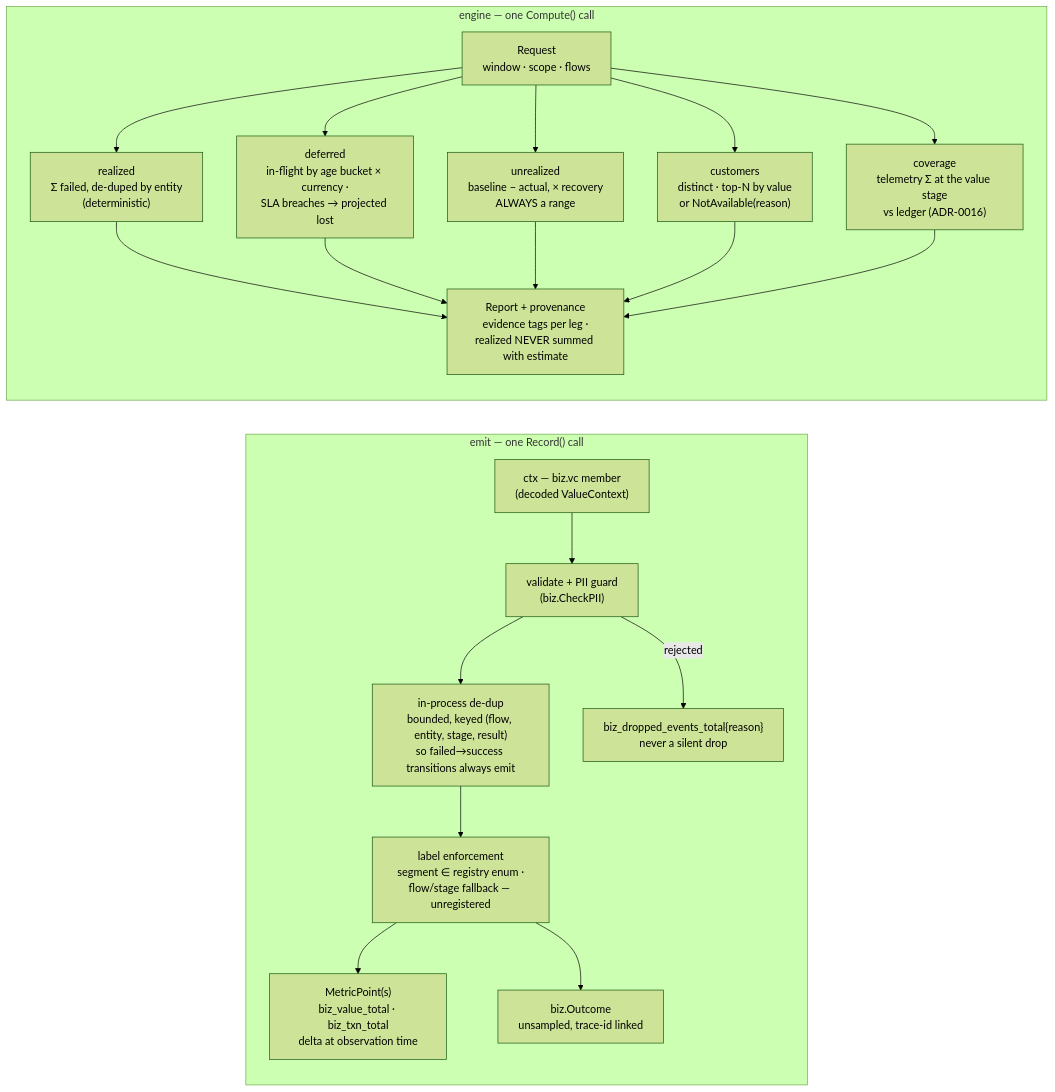
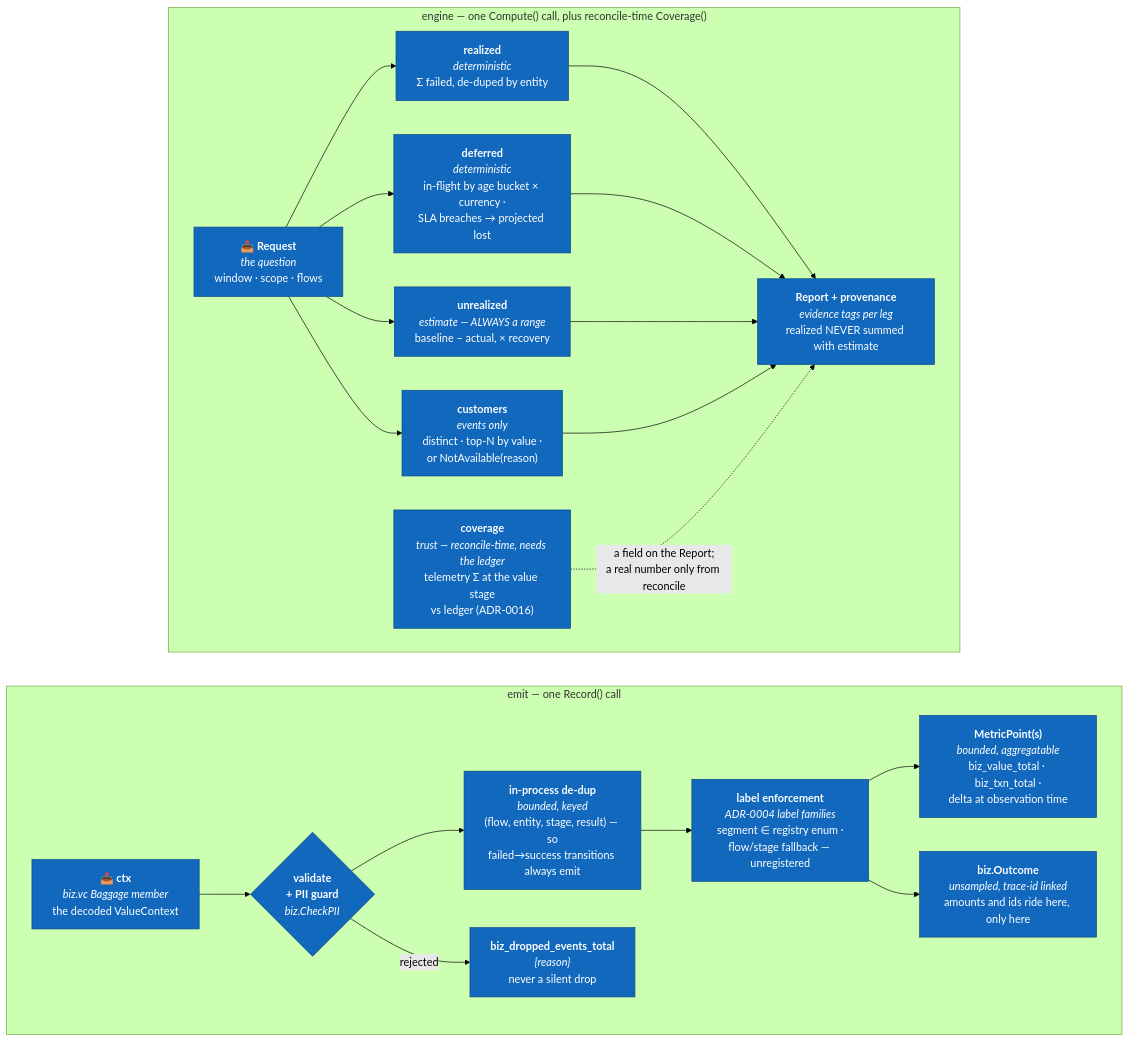
Before and after one commit to NightWatchEng/shortfall: the diagram in docs/architecture/c4-l3-components.md, drawn with Mermaid (forest theme). The commit also changed other lines of this file and 5 other files, not shown here.

First line of the commit message:
docs: diagram stencil + the C4 set redrawn to it (workspace-7d2) (#88)

````diff
--- a/docs/architecture/c4-l3-components.md
+++ b/docs/architecture/c4-l3-components.md
@@ -9,27 +16,34 @@
 ```mermaid
 flowchart LR
     subgraph capture["emit — one Record() call"]
-        CTX["ctx — biz.vc member<br/>(decoded ValueContext)"]
-        VAL["validate + PII guard<br/>(biz.CheckPII)"]
-        DEDUP["in-process de-dup<br/>bounded, keyed (flow, entity, stage, result)<br/>so failed→success transitions always emit"]
-        LABELS["label enforcement<br/>segment ∈ registry enum ·<br/>flow/stage fallback — unregistered"]
-        MP["MetricPoint(s)<br/>biz_value_total · biz_txn_total<br/>delta at observation time"]
-        OUT["biz.Outcome<br/>unsampled, trace-id linked"]
-        DROP["biz_dropped_events_total{reason}<br/>never a silent drop"]
+        direction LR
+        CTX["📥 <b>ctx</b><br/><i>biz.vc Baggage member</i><br/>the decoded ValueContext"]
+        VAL{"<b>validate<br/>+ PII guard</b><br/><i>biz.CheckPII</i>"}
+        DEDUP["<b>in-process de-dup</b><br/><i>bounded, keyed</i><br/>(flow, entity, stage, result) — so<br/>failed→success transitions always emit"]
+        LABELS["<b>label enforcement</b><br/><i>ADR-0004 label families</i><br/>segment ∈ registry enum ·<br/>flow/stage fallback — unregistered"]
+        MP["<b>MetricPoint(s)</b><br/><i>bounded, aggregatable</i><br/>biz_value_total · biz_txn_total ·<br/>delta at observation time"]
+        OUT["<b>biz.Outcome</b><br/><i>unsampled, trace-id linked</i><br/>amounts and ids ride here, only here"]
+        DROP["<b>biz_dropped_events_total</b><br/><i>{reason}</i><br/>never a silent drop"]
+        CTX --> VAL --> DEDUP --> LABELS
+        LABELS --> MP
+        LABELS --> OUT
+        VAL -->|"rejected"| DROP
     end
-    CTX --> VAL --> DEDUP --> LABELS
-    LABELS --> MP
-    LABELS --> OUT
-    VAL -->|"rejected"| DROP
 
-    subgraph engine["engine — one Compute() call"]
-        REQ["Request<br/>window · scope · flows"]
-        REAL["realized<br/>Σ failed, de-duped by entity<br/>(deterministic)"]
-        DEF["deferred<br/>in-flight by age bucket × currency ·<br/>SLA breaches → projected lost"]
-        UNREAL["unrealized<br/>baseline − actual, × recovery<br/>ALWAYS a range"]
-        CUST["customers<br/>distinct · top-N by value<br/>or NotAvailable(reason)"]
-        COV["coverage<br/>telemetry Σ at the value stage<br/>vs ledger (ADR-0016)"]
-        REP["Report + provenance<br/>evidence tags per leg ·<br/>realized NEVER summed with estimate"]
+    subgraph engine["engine — one Compute() call, plus reconcile-time Coverage()"]
+        direction LR
+        REQ["📥 <b>Request</b><br/><i>the question</i><br/>window · scope · flows"]
+        REAL["<b>realized</b><br/><i>deterministic</i><br/>Σ failed, de-duped by entity"]
+        DEF["<b>deferred</b><br/><i>deterministic</i><br/>in-flight by age bucket × currency ·<br/>SLA breaches → projected lost"]
+        UNREAL["<b>unrealized</b><br/><i>estimate — ALWAYS a range</i><br/>baseline − actual, × recovery"]
+        CUST["<b>customers</b><br/><i>events only</i><br/>distinct · top-N by value ·<br/>or NotAvailable(reason)"]
+        COV["<b>coverage</b><br/><i>trust — reconcile-time, needs the ledger</i><br/>telemetry Σ at the value stage<br/>vs ledger (ADR-0016)"]
+        REP["<b>Report + provenance</b><br/><i>evidence tags per leg</i><br/>realized NEVER summed with estimate"]
+        REQ --> REAL & DEF & UNREAL & CUST --> REP
+        COV -.->|"a field on the Report;<br/>a real number only from reconcile"| REP
     end
-    REQ --> REAL & DEF & UNREAL & CUST & COV --> REP
+
+    classDef core fill:#1168bd,stroke:#0b4884,color:#fff;
+    class CTX,VAL,DEDUP,LABELS,MP,OUT,DROP core;
+    class REQ,REAL,DEF,UNREAL,CUST,COV,REP core;
 ```
````
